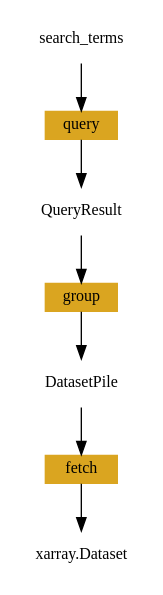
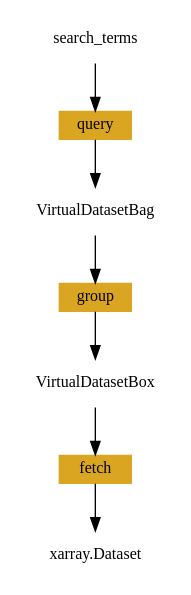
Before and after one commit to uchchwhash/virtual-product-showcase: the diagram in virtual_product_load.dot, drawn with Graphviz. The commit also changed 1 other file, not shown here.

```diff
--- a/virtual_product_load.dot
+++ b/virtual_product_load.dot
@@ -1,11 +1,11 @@
 digraph G {
     node[fontname="Bookman; Helvetica", fontsize=12];
     search_terms [shape=plaintext];
-    QueryResult [shape=plaintext];
-    DatasetPile [shape=plaintext];
+    VirtualDatasetBag [shape=plaintext];
+    VirtualDatasetBox [shape=plaintext];
     data [label="xarray.Dataset", shape=plaintext];
     query [shape=box, style=filled, color="goldenrod", height=0.2];
     group [shape=box, style=filled, color="goldenrod", height=0.2];
     fetch [shape=box, style=filled, color="goldenrod", height=0.2];
-    search_terms -> query -> QueryResult -> group -> DatasetPile -> fetch -> data;
+    search_terms -> query -> VirtualDatasetBag -> group -> VirtualDatasetBox -> fetch -> data;
 }
```
